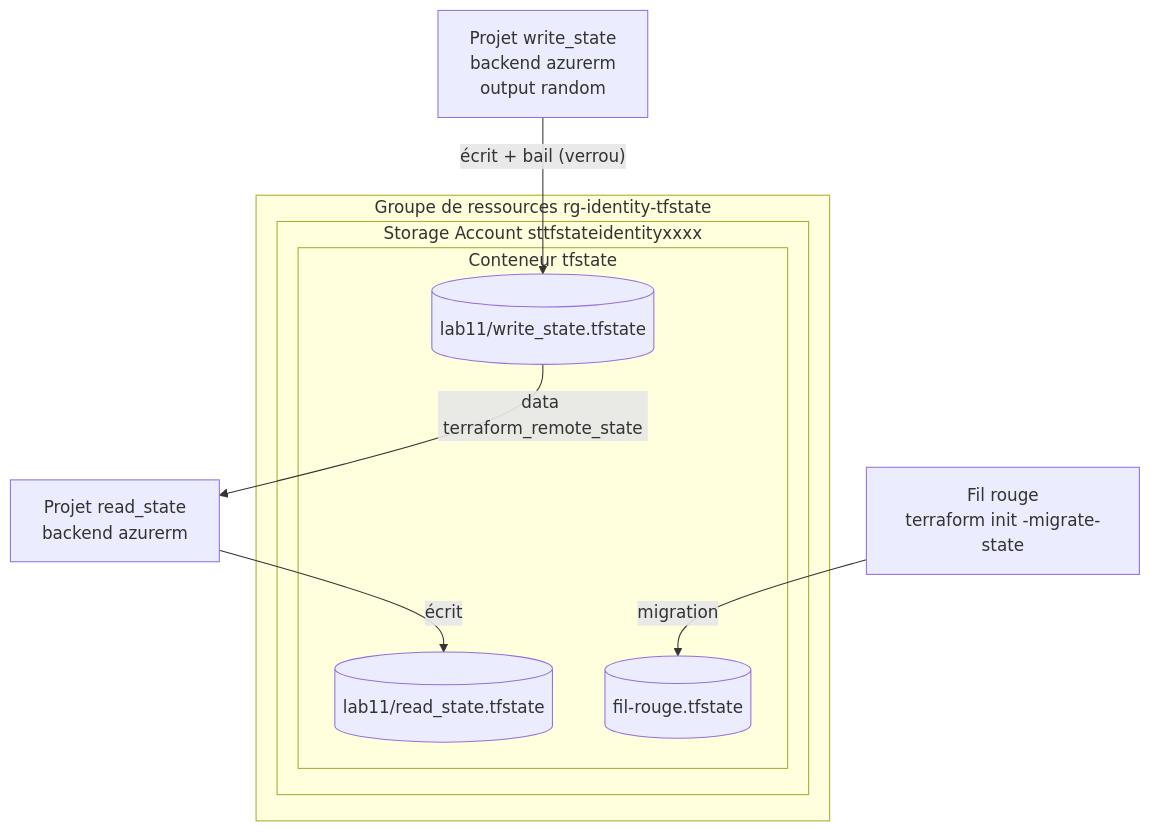
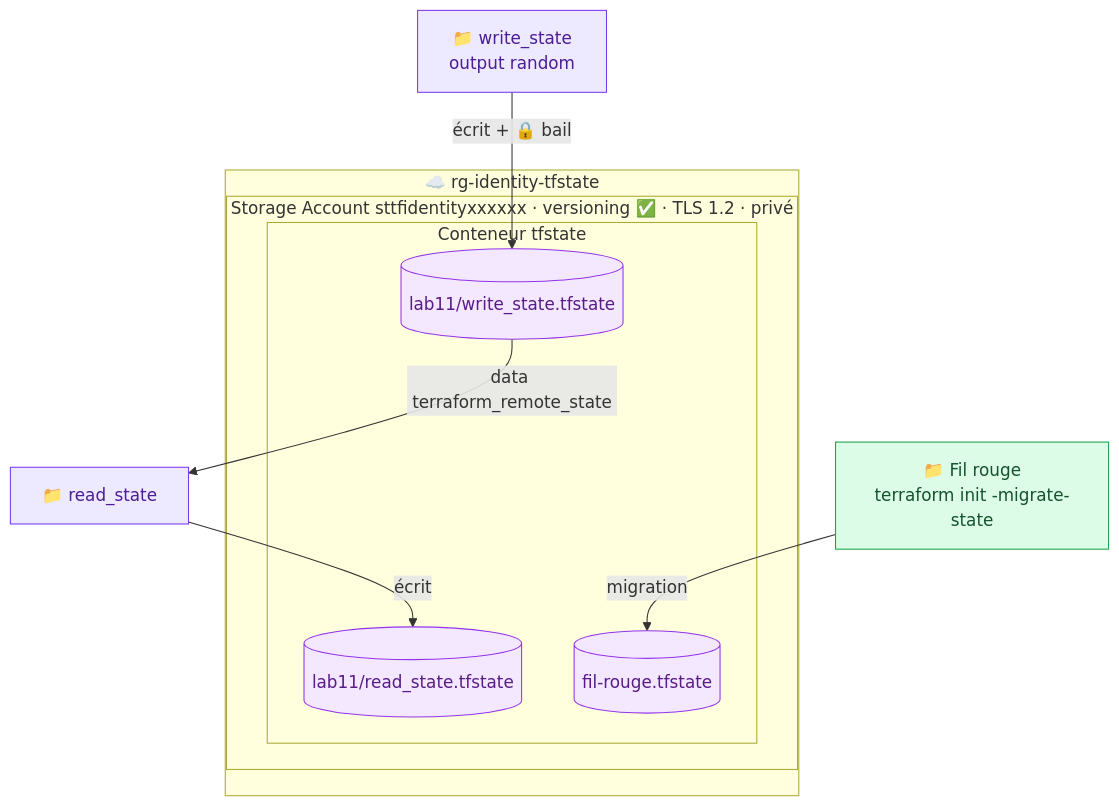
One commit to hajjiBel/terraform-azure-labs changed the diagram in lab11-state-distant-azure.md. Above: the diagram before and after it, drawn with Mermaid. The commit also changed other lines of this file and 158 other files, not shown here.

First line of the commit message:
Refonte des 16 labs Terraform Azure : énoncés colorés, corrigés, solutions, scripts formateur

````diff
--- a/lab11-state-distant-azure.md
+++ b/lab11-state-distant-azure.md
@@ -18,16 +21,19 @@
 ```mermaid
 flowchart TB
-    subgraph Azure["Groupe de ressources rg-identity-tfstate"]
-        subgraph SA["Storage Account sttfstateidentityxxxx"]
+    subgraph Azure["☁️ rg-identity-tfstate"]
+        subgraph SA["Storage Account sttfidentityxxxxxx · versioning ✅ · TLS 1.2 · privé"]
             subgraph C["Conteneur tfstate"]
-                B1[("lab11/write_state.tfstate")]
-                B2[("lab11/read_state.tfstate")]
-                B3[("fil-rouge.tfstate")]
+                B1[("lab11/write_state.tfstate")]:::state
+                B2[("lab11/read_state.tfstate")]:::state
+                B3[("fil-rouge.tfstate")]:::state
             end
         end
     end
-    W["Projet write_state<br/>backend azurerm<br/>output random"] -- "écrit + bail (verrou)" --> B1
-    R["Projet read_state<br/>backend azurerm"] -- "écrit" --> B2
+    W["📁 write_state<br/>output random"]:::tf -- "écrit + 🔒 bail" --> B1
+    R["📁 read_state"]:::tf -- "écrit" --> B2
     B1 -- "data terraform_remote_state" --> R
-    FR["Fil rouge<br/>terraform init -migrate-state"] -- "migration" --> B3
+    FR["📁 Fil rouge<br/>terraform init -migrate-state"]:::compute -- "migration" --> B3
+    classDef tf fill:#ede9fe,stroke:#7c3aed,color:#4c1d95
+    classDef compute fill:#dcfce7,stroke:#16a34a,color:#14532d
+    classDef state fill:#f3e8ff,stroke:#9333ea,color:#581c87
 ```
````
